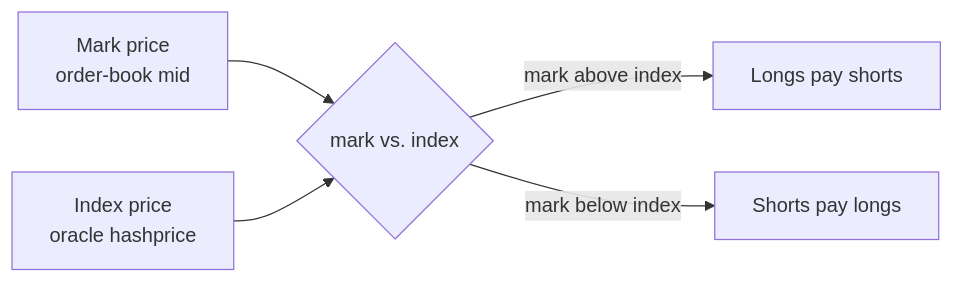
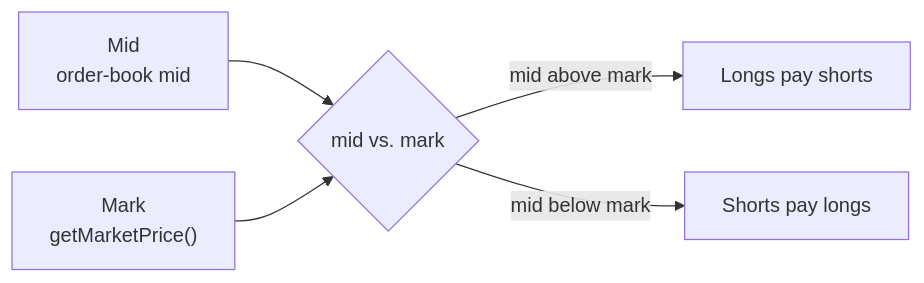
One commit to Lumerin-protocol/derivatives-marketplace changed the diagram in docs/gitbook/04.Positions-and-Funding.md. Above: the diagram before and after it, drawn with Mermaid. The commit also changed other lines of this file and 2 other files, not shown here.

````diff
--- a/docs/gitbook/04.Positions-and-Funding.md
+++ b/docs/gitbook/04.Positions-and-Funding.md
@@ -104,7 +114,7 @@
 ```mermaid
 flowchart LR
-    Mark["Mark price<br/>order-book mid"] --> Cmp{"mark vs. index"}
-    Index["Index price<br/>oracle hashprice"] --> Cmp
-    Cmp -->|"mark above index"| L["Longs pay shorts"]
-    Cmp -->|"mark below index"| S["Shorts pay longs"]
+    Mid["Mid<br/>order-book mid"] --> Cmp{"mid vs. mark"}
+    Mark["Mark<br/>getMarketPrice()"] --> Cmp
+    Cmp -->|"mid above mark"| L["Longs pay shorts"]
+    Cmp -->|"mid below mark"| S["Shorts pay longs"]
 ```
````
